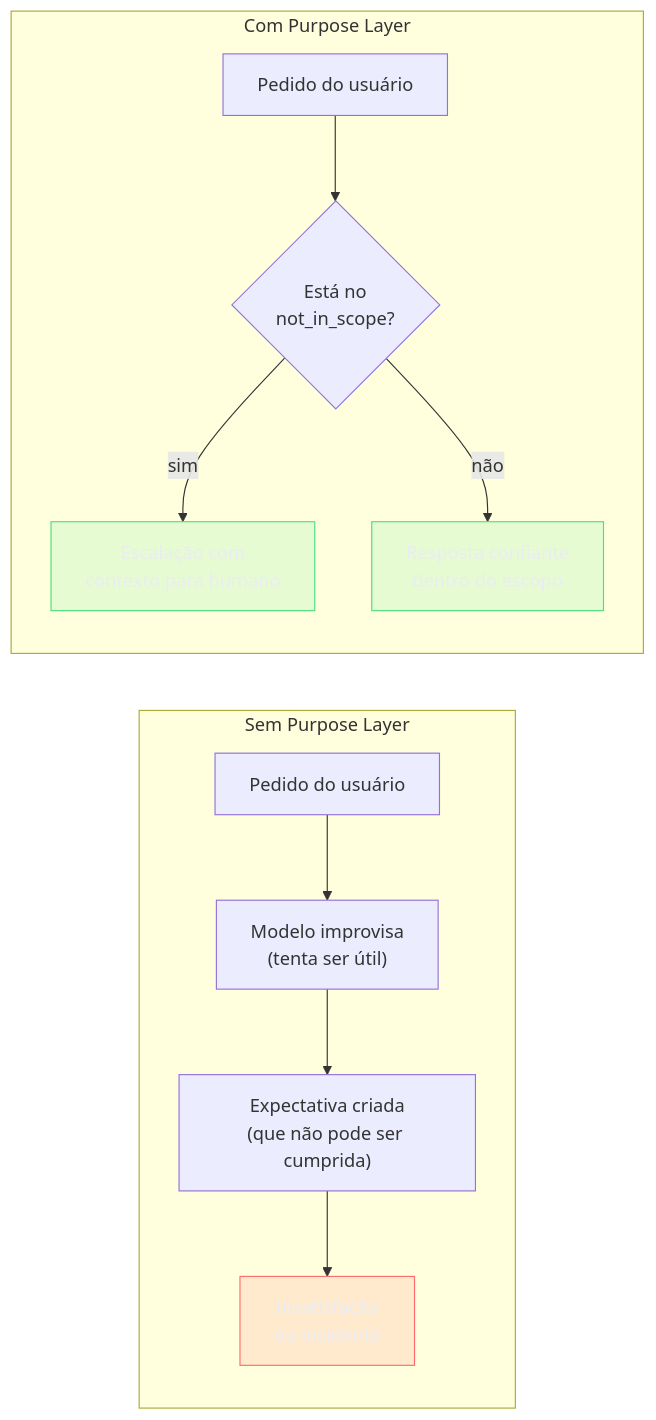
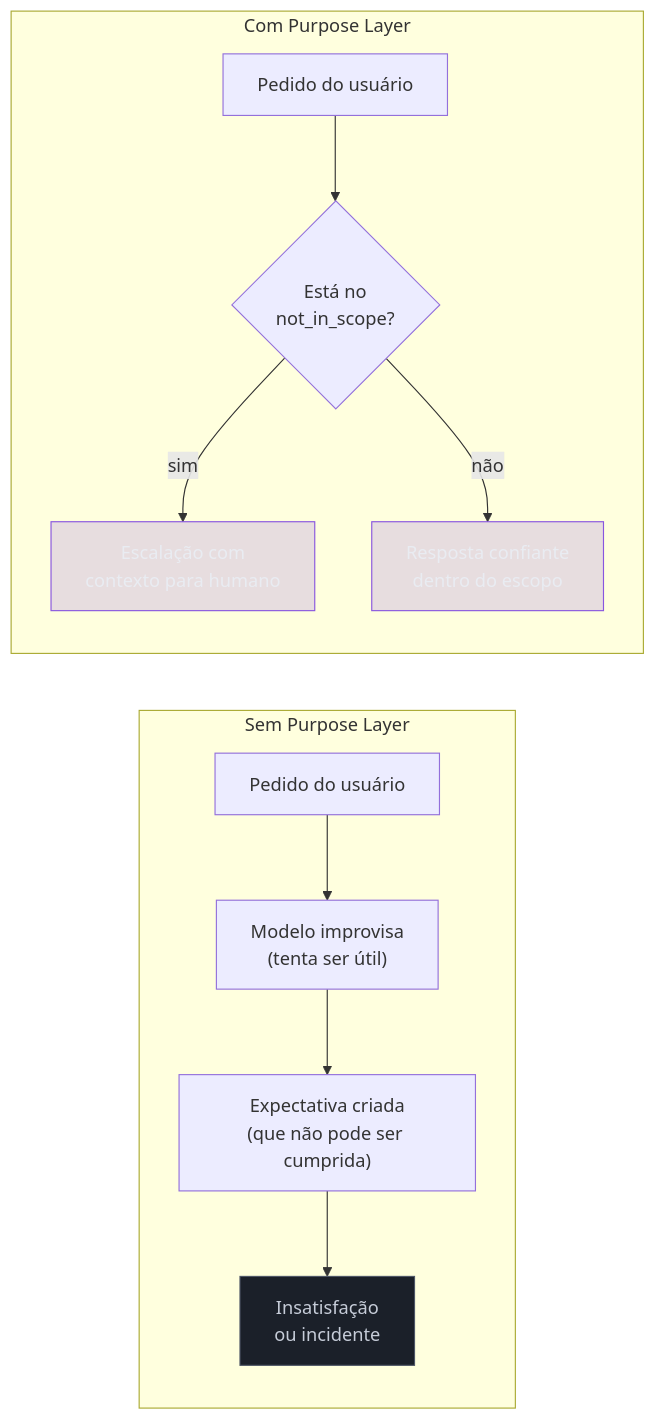
One commit to josenaldo/codex-technomanticus changed the diagram in 03-Dominios/Tecnologia/IA/AI Engineering Stack/02 - Purpose Layer — o que o sistema é.md. Above: the diagram before and after it, drawn with Mermaid. The commit also changed 601 other files, not shown here.

````diff
--- a/03-Dominios/Tecnologia/IA/AI Engineering Stack/02 - Purpose Layer — o que o sistema é.md
+++ b/03-Dominios/Tecnologia/IA/AI Engineering Stack/02 - Purpose Layer — o que o sistema é.md
@@ -34,27 +34,27 @@
 ```mermaid
 flowchart LR
-    classDef falha fill:#FF6B6B24,stroke:#FF6B6B,color:#E9ECF2
-    classDef ok fill:#4ADE8021,stroke:#4ADE80,color:#E9ECF2
+    classDef marca fill:#8855DF33,stroke:#8855DF,color:#E9ECF2
+    classDef neutro fill:#1B2029,stroke:#4E5666,color:#C6CCD8
     subgraph "Sem Purpose Layer"
         A1["Pedido do usuário"]
         A2["Modelo improvisa\n(tenta ser útil)"]
         A3["Expectativa criada\n(que não pode ser cumprida)"]
         A4["Insatisfação\nou incidente"]
     end
 
     subgraph "Com Purpose Layer"
         B1["Pedido do usuário"]
         B2{"Está no\nnot_in_scope?"}
         B3["Escalação com\ncontexto para humano"]
         B4["Resposta confiante\ndentro do escopo"]
     end
 
     A1 --> A2 --> A3 --> A4
     B1 --> B2
     B2 -- sim --> B3
     B2 -- não --> B4
 
-    class A4 falha
-    class B3 ok
-    class B4 ok
+    class A4 neutro
+    class B3 marca
+    class B4 marca
 ```
````
